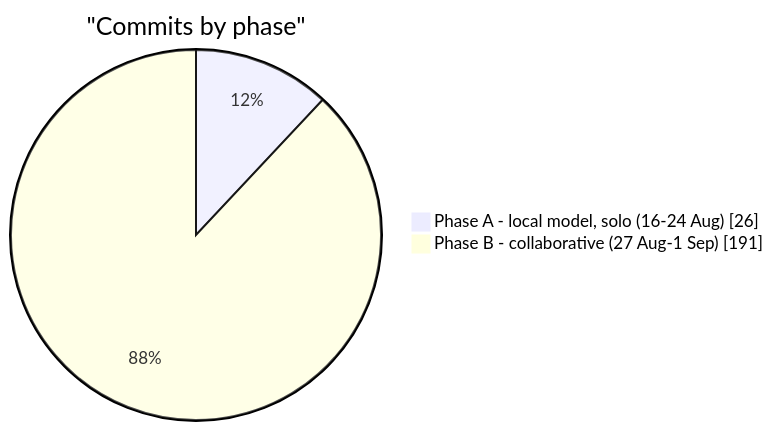
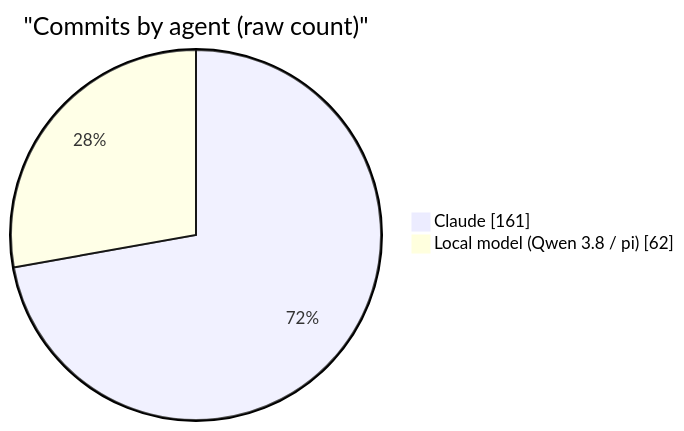
One commit to jkdansereau/goldeneye-pc-port changed the third of 5 diagrams in docs/dev/agentic-development.md. Above: the diagram before and after it, drawn with Mermaid. The commit also changed other lines of this file and 31 other files, not shown here.

````diff
--- a/docs/dev/agentic-development.md
+++ b/docs/dev/agentic-development.md
@@ -119,5 +131,5 @@
 ```mermaid
-pie showData title "Commits by phase"
-    "Phase A - local model, solo (16-24 Aug)" : 26
-    "Phase B - collaborative (27 Aug-1 Sep)" : 191
+pie showData title "Commits by agent (raw count)"
+    "Claude" : 161
+    "Local model (Qwen 3.8 / pi)" : 62
 ```
````
